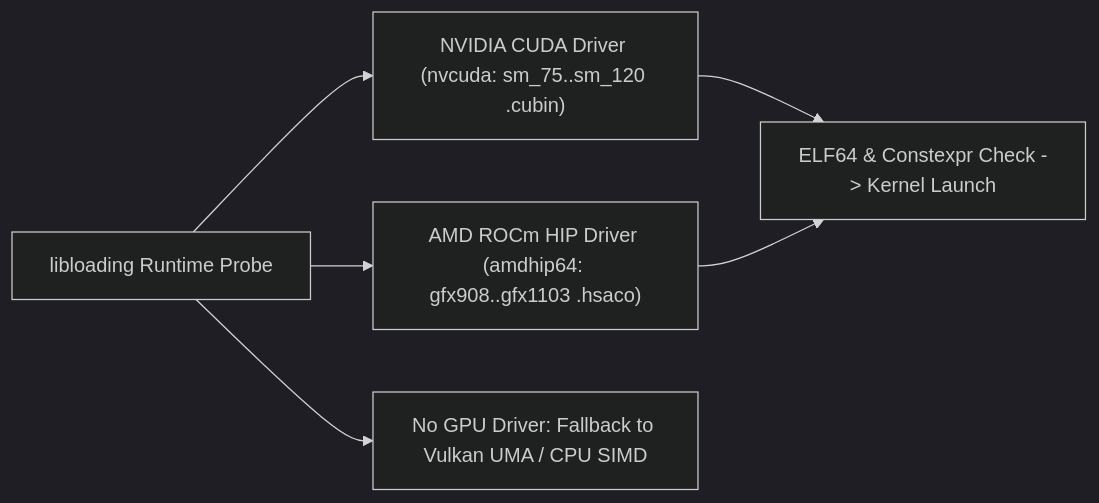
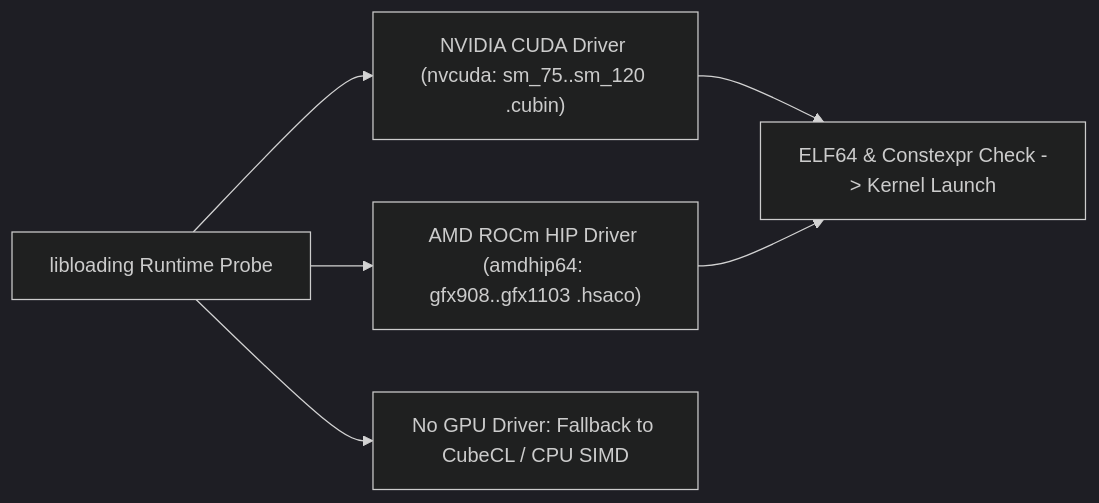
Before and after one commit to cloverx-id/luminamoon: the diagram in docs/optimize/triton_aot/README.md, drawn with Mermaid (dark theme). The commit also changed other lines of this file and 49 other files, not shown here.

````diff
--- a/docs/optimize/triton_aot/README.md
+++ b/docs/optimize/triton_aot/README.md
@@ -11,8 +11,8 @@
 ```mermaid
 flowchart LR
     Probe["libloading Runtime Probe"] --> CUDA["NVIDIA CUDA Driver (nvcuda: sm_75..sm_120 .cubin)"]
     Probe --> ROCm["AMD ROCm HIP Driver (amdhip64: gfx908..gfx1103 .hsaco)"]
-    Probe --> Fallback["No GPU Driver: Fallback to Vulkan UMA / CPU SIMD"]
+    Probe --> Fallback["No GPU Driver: Fallback to CubeCL / CPU SIMD"]
     CUDA --> Launch["ELF64 & Constexpr Check -> Kernel Launch"]
     ROCm --> Launch
 ```
````
